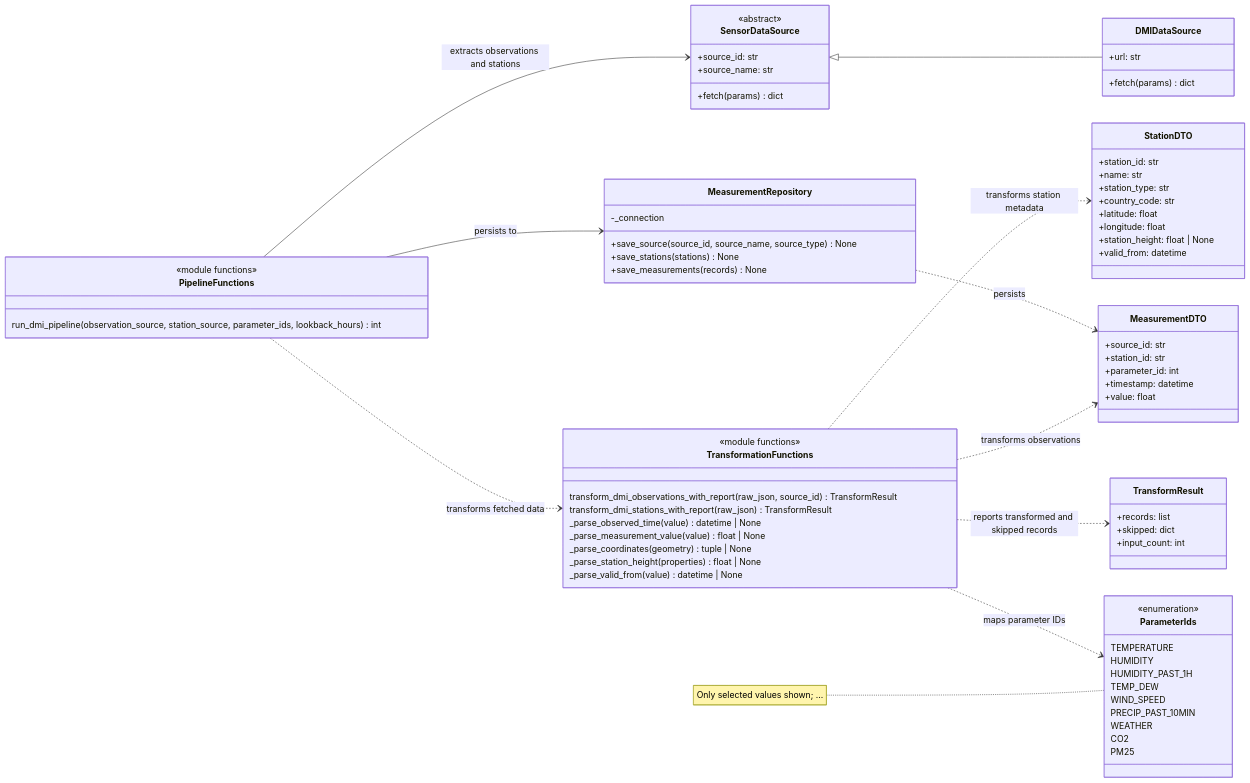
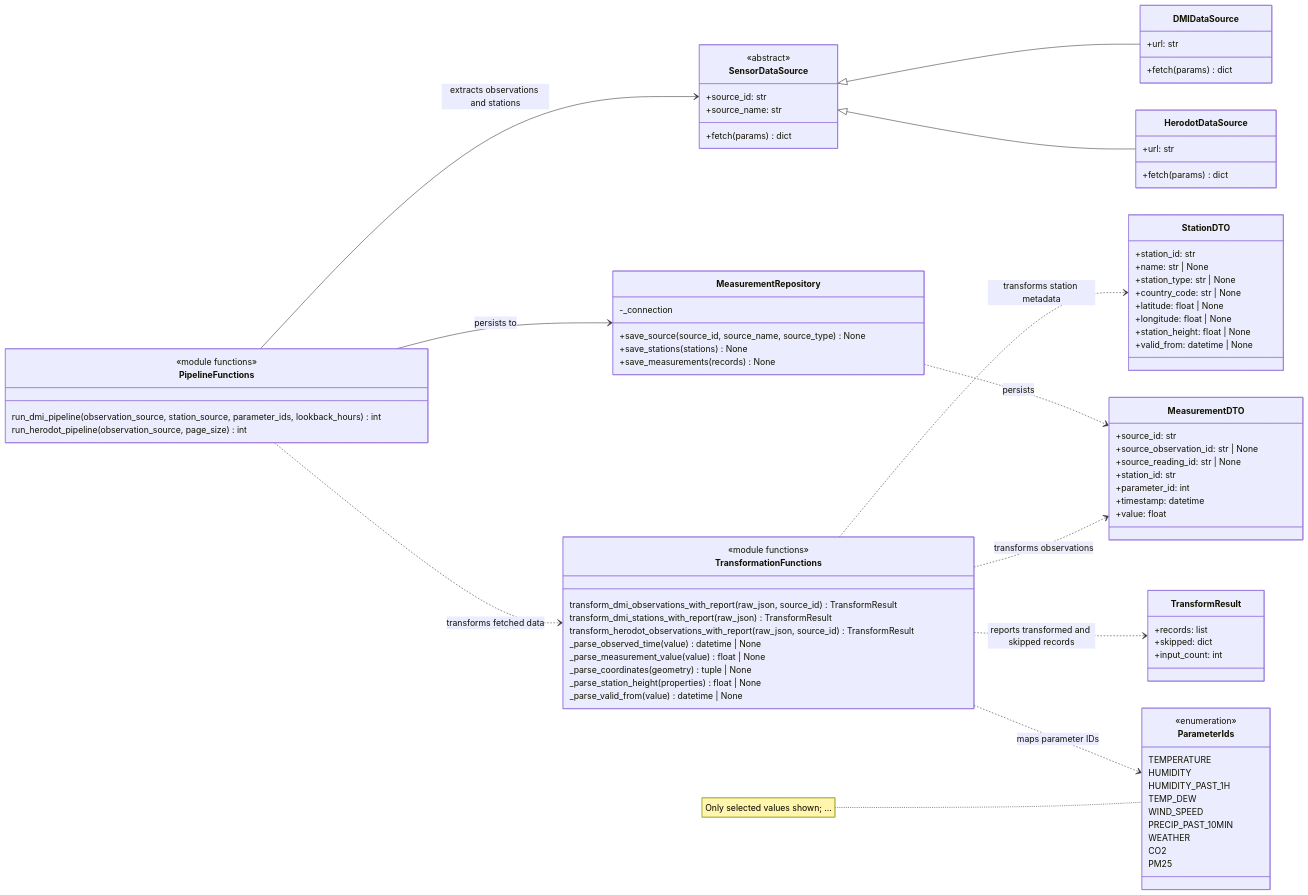
Before and after one commit to mielouise/environment_data_project: the second of 4 diagrams in README.md, drawn with Mermaid. The commit also changed other lines of this file and 32 other files, not shown here.

```diff
--- a/README.md
+++ b/README.md
@@ -441,13 +504,13 @@
 
     class StationDTO {
         +station_id: str
-        +name: str
-        +station_type: str
-        +country_code: str
-        +latitude: float
-        +longitude: float
+        +name: str | None
+        +station_type: str | None
+        +country_code: str | None
+        +latitude: float | None
+        +longitude: float | None
         +station_height: float | None
-        +valid_from: datetime
+        +valid_from: datetime | None
     }
 
     class DMIDataSource {
@@ -455,15 +518,22 @@
         +fetch(params) dict
     }
 
+    class HerodotDataSource {
+        +url: str
+        +fetch(params) dict
+    }
+
     class PipelineFunctions {
         <<module functions>>
         run_dmi_pipeline(observation_source, station_source, parameter_ids, lookback_hours) int
+        run_herodot_pipeline(observation_source, page_size) int
     }
 
     class TransformationFunctions {
         <<module functions>>
         transform_dmi_observations_with_report(raw_json, source_id) TransformResult
         transform_dmi_stations_with_report(raw_json) TransformResult
+        transform_herodot_observations_with_report(raw_json, source_id) TransformResult
         _parse_observed_time(value) datetime | None
         _parse_measurement_value(value) float | None
         _parse_coordinates(geometry) tuple | None
@@ -479,6 +549,8 @@
 
     class MeasurementDTO {
         +source_id: str
+        +source_observation_id: str | None
+        +source_reading_id: str | None
         +station_id: str
         +parameter_id: int
         +timestamp: datetime
@@ -508,6 +580,7 @@
     note for ParameterIds "Only selected values shown; ..."
 
     SensorDataSource <|-- DMIDataSource
+    SensorDataSource <|-- HerodotDataSource
 
     PipelineFunctions --> SensorDataSource : extracts observations and stations
     PipelineFunctions --> MeasurementRepository : persists to
```
